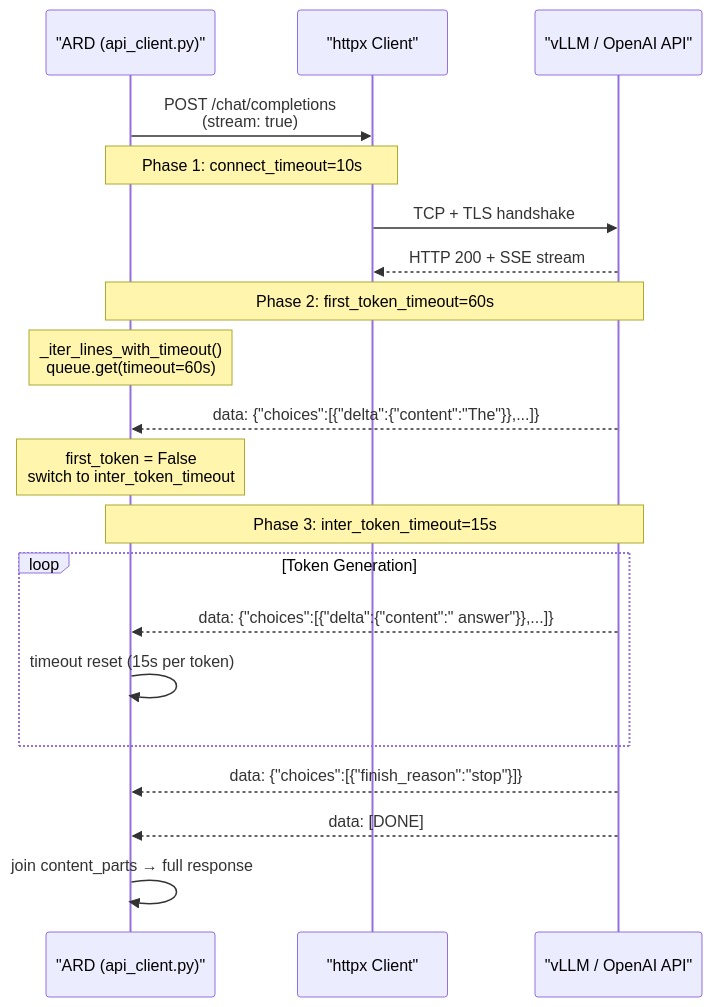
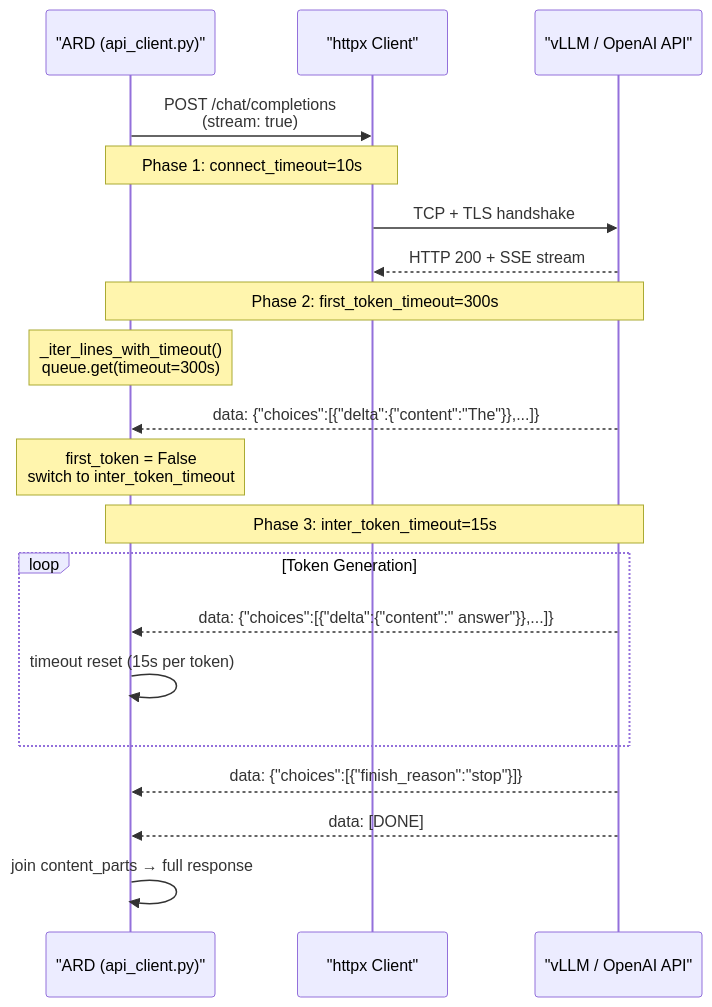
Before and after one commit to godthrone/anchor-replay-distillation: the fifth of 7 diagrams in docs/architecture.md, drawn with Mermaid. The commit also changed other lines of this file and 4 other files, not shown here.

First line of the commit message:
docs: align READMEs, architecture, examples and compliance notes with v3.0.0

````diff
--- a/docs/architecture.md
+++ b/docs/architecture.md
@@ -519,30 +538,30 @@
 ```mermaid
 sequenceDiagram
     participant ARD as "ARD (api_client.py)"
     participant HTTPX as "httpx Client"
     participant API as "vLLM / OpenAI API"
 
     ARD->>HTTPX: POST /chat/completions<br/>(stream: true)
     Note over ARD,HTTPX: Phase 1: connect_timeout=10s
 
     HTTPX->>API: TCP + TLS handshake
     API-->>HTTPX: HTTP 200 + SSE stream
 
-    Note over ARD,API: Phase 2: first_token_timeout=60s
-    Note over ARD: _iter_lines_with_timeout()<br/>queue.get(timeout=60s)
+    Note over ARD,API: Phase 2: first_token_timeout=300s
+    Note over ARD: _iter_lines_with_timeout()<br/>queue.get(timeout=300s)
 
     API-->>ARD: data: {"choices":[{"delta":{"content":"The"}},...]}
     Note over ARD: first_token = False<br/>switch to inter_token_timeout
 
     Note over ARD,API: Phase 3: inter_token_timeout=15s
 
     loop Token Generation
         API-->>ARD: data: {"choices":[{"delta":{"content":" answer"}},...]}
         ARD->>ARD: timeout reset (15s per token)
     end
 
     API-->>ARD: data: {"choices":[{"finish_reason":"stop"}]}
     API-->>ARD: data: [DONE]
 
     ARD->>ARD: join content_parts → full response
 ```
````
